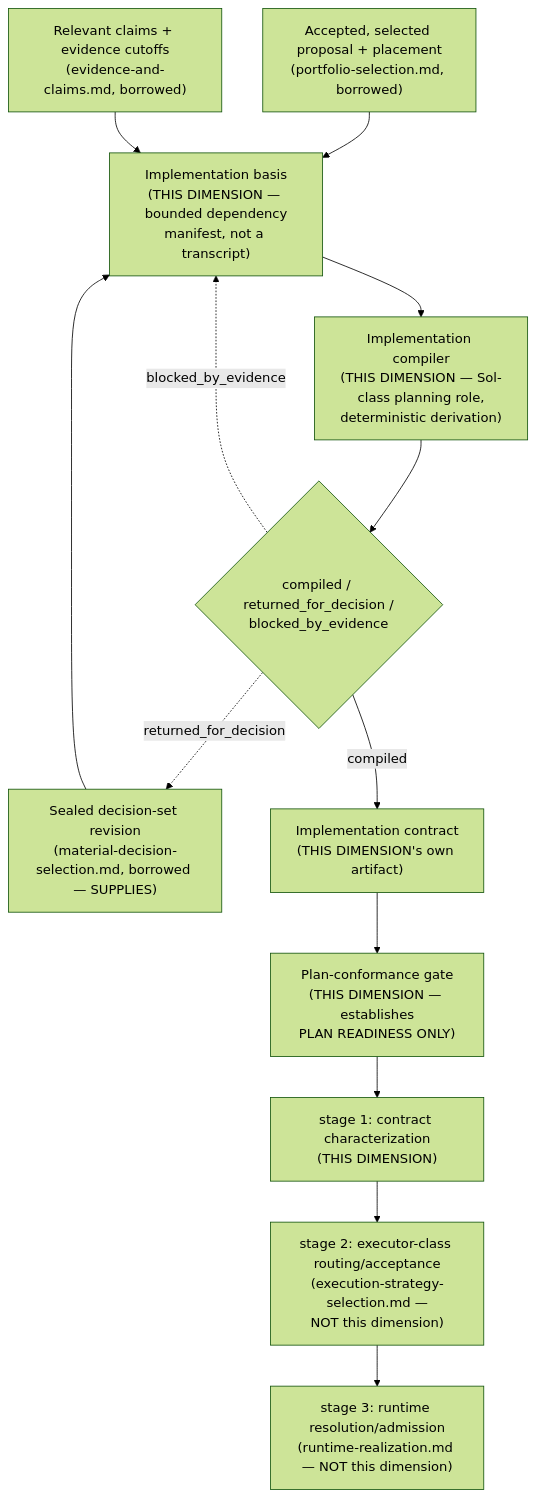
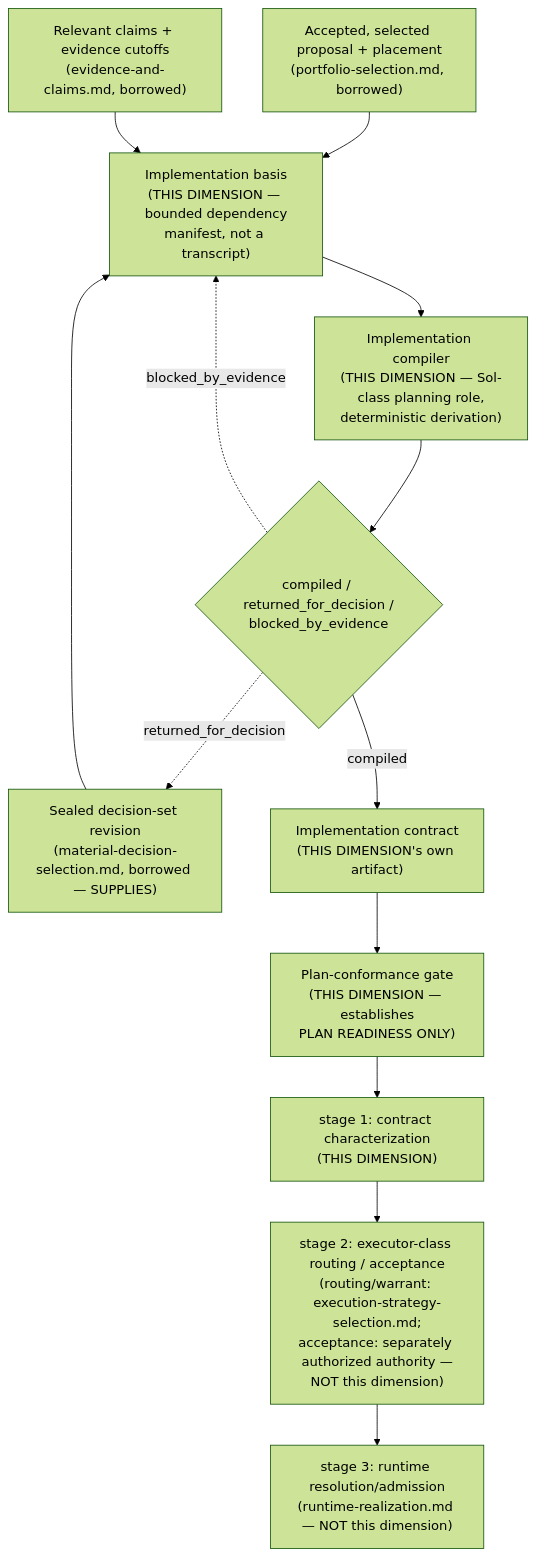
One commit to bline/work-engine changed the diagram in app-server/docs/architecture/implementation-contract-compilation.md. Above: the diagram before and after it, drawn with Mermaid (forest theme). The commit also changed other lines of this file and 6 other files, not shown here.

````diff
--- a/app-server/docs/architecture/implementation-contract-compilation.md
+++ b/app-server/docs/architecture/implementation-contract-compilation.md
@@ -31,28 +33,28 @@
 ```mermaid
 flowchart TB
     PROP["Accepted, selected proposal + placement<br/>(portfolio-selection.md, borrowed)"]
     DSET["Sealed decision-set revision<br/>(material-decision-selection.md, borrowed — SUPPLIES)"]
     CLAIMS["Relevant claims + evidence cutoffs<br/>(evidence-and-claims.md, borrowed)"]
 
     BASIS["Implementation basis<br/>(THIS DIMENSION — bounded dependency<br/>manifest, not a transcript)"]
 
     COMP["Implementation compiler<br/>(THIS DIMENSION — Sol-class planning role,<br/>deterministic derivation)"]
 
     OUT{"compiled / returned_for_decision /<br/>blocked_by_evidence"}
 
     CONTRACT["Implementation contract<br/>(THIS DIMENSION's own artifact)"]
 
     GATE["Plan-conformance gate<br/>(THIS DIMENSION — establishes<br/>PLAN READINESS ONLY)"]
 
     S1["stage 1: contract characterization<br/>(THIS DIMENSION)"]
-    S2["stage 2: executor-class routing/acceptance<br/>(execution-strategy-selection.md —<br/>NOT this dimension)"]
+    S2["stage 2: executor-class routing / acceptance<br/>(routing/warrant: execution-strategy-selection.md;<br/>acceptance: separately authorized authority —<br/>NOT this dimension)"]
     S3["stage 3: runtime resolution/admission<br/>(runtime-realization.md — NOT this dimension)"]
 
     PROP --> BASIS
     DSET --> BASIS
     CLAIMS --> BASIS
     BASIS --> COMP --> OUT
     OUT -->|compiled| CONTRACT --> GATE --> S1 --> S2 --> S3
     OUT -.->|returned_for_decision| DSET
     OUT -.->|blocked_by_evidence| BASIS
 ```
````
